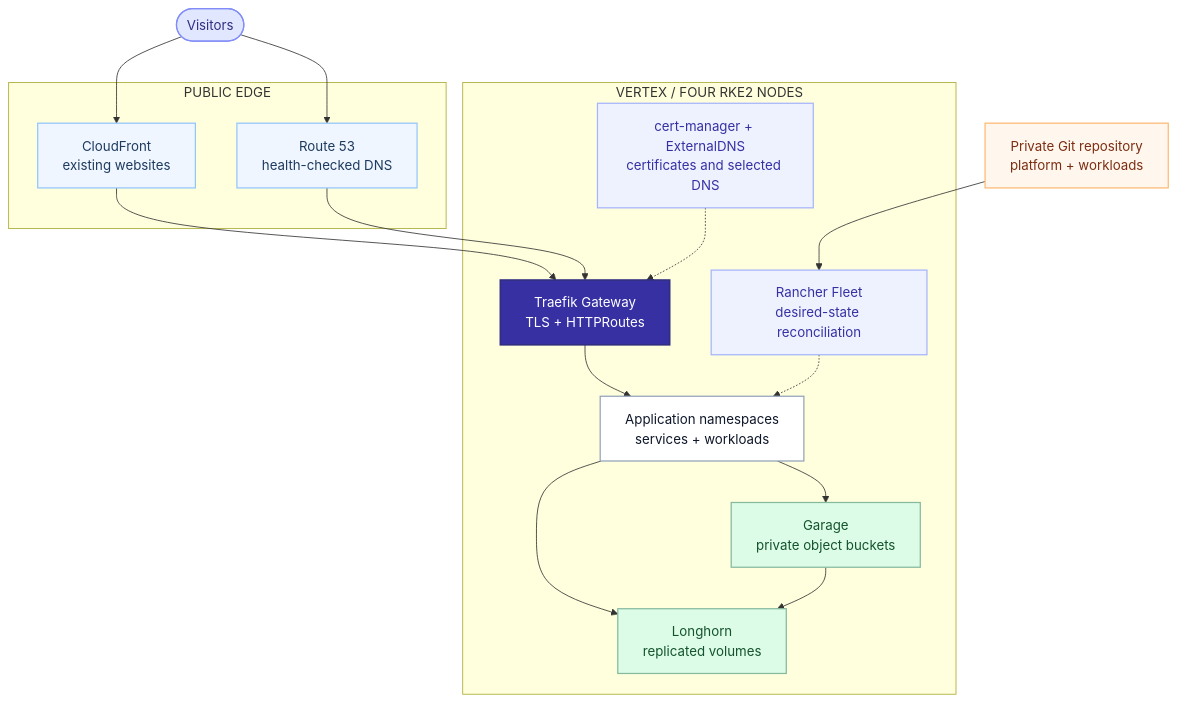
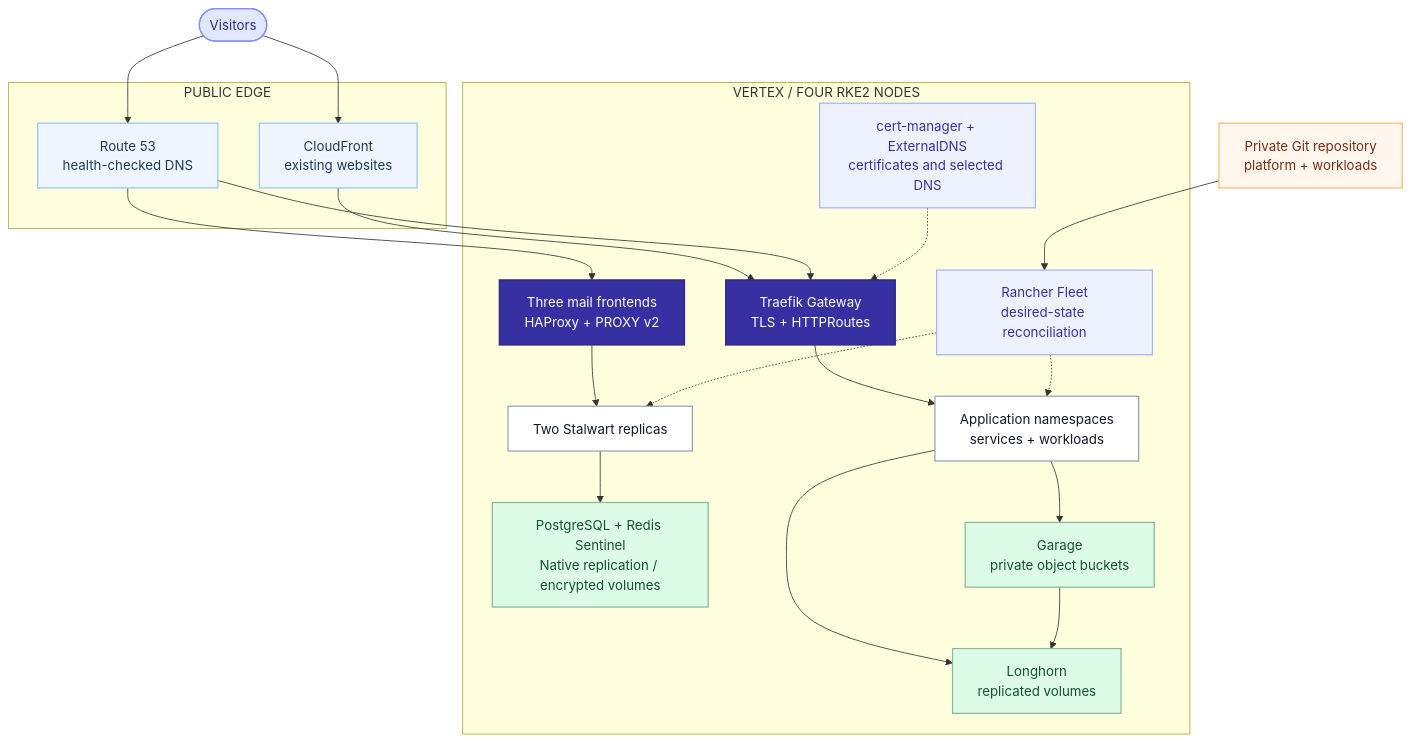
The diagram in docs/diagrams/vertex/en-architecture.mmd (Paul1404/astro-portfolio), drawn with Mermaid before and after one commit. The commit also changed 20 other files, not shown here.

Commit message:
Document the Stalwart migration and shared mail architecture on Vertex

```diff
--- a/docs/diagrams/vertex/en-architecture.mmd
+++ b/docs/diagrams/vertex/en-architecture.mmd
@@ -1,31 +1,36 @@
 flowchart TB
   accTitle: Vertex traffic and platform architecture
-  accDescr: Visitors reach the Traefik gateway either directly using Route 53 DNS or through CloudFront for existing websites. HTTPRoutes forward to isolated application services. Rancher Fleet reconciles the desired state; cert-manager and ExternalDNS manage selected certificates and records. Longhorn provides replicated persistent storage and Garage provides S3-compatible buckets.
+  accDescr: Visitors reach the Traefik gateway either directly using Route 53 DNS or through CloudFront for existing websites. HTTPRoutes forward to isolated application services. Rancher Fleet reconciles the desired state; cert-manager and ExternalDNS manage selected certificates and records. Longhorn provides replicated persistent storage and Garage provides S3-compatible buckets. Mail has three HAProxy frontends, two Stalwart replicas and natively replicated PostgreSQL and Redis stores.
   Visitor([Visitors]):::person
   subgraph edge["PUBLIC EDGE"]
     DNS["Route 53<br/>health-checked DNS"]:::cloud
     CDN["CloudFront<br/>existing websites"]:::cloud
   end
   subgraph cluster["VERTEX / FOUR RKE2 NODES"]
     GW["Traefik Gateway<br/>TLS + HTTPRoutes"]:::gateway
+    MailEdge["Three mail frontends<br/>HAProxy + PROXY v2"]:::gateway
+    Mail["Two Stalwart replicas"]:::workload
+    MailDB["PostgreSQL + Redis Sentinel<br/>Native replication / encrypted volumes"]:::storage
     Apps["Application namespaces<br/>services + workloads"]:::workload
     Store["Longhorn<br/>replicated volumes"]:::storage
     Garage["Garage<br/>private object buckets"]:::storage
     Fleet["Rancher Fleet<br/>desired-state reconciliation"]:::control
     Cert["cert-manager + ExternalDNS<br/>certificates and selected DNS"]:::control
   end
   Git["Private Git repository<br/>platform + workloads"]:::source
   Visitor --> DNS
   Visitor --> CDN --> GW
   DNS --> GW --> Apps
   Git --> Fleet -.-> Apps
   Cert -.-> GW
+  DNS --> MailEdge --> Mail --> MailDB
+  Fleet -.-> Mail
   Apps --> Store
   Apps --> Garage --> Store
   classDef person fill:#e0e7ff,stroke:#818cf8,color:#312e81,stroke-width:1.5px
   classDef cloud fill:#eff6ff,stroke:#93c5fd,color:#1e3a5f,stroke-width:1.5px
   classDef gateway fill:#3730a3,stroke:#312e81,color:#ffffff,stroke-width:2px
   classDef workload fill:#ffffff,stroke:#94a3b8,color:#0f172a,stroke-width:1.5px
   classDef storage fill:#dcfce7,stroke:#86b99e,color:#14532d,stroke-width:1.5px
   classDef control fill:#eef2ff,stroke:#a5b4fc,color:#3730a3,stroke-width:1.5px
   classDef source fill:#fff7ed,stroke:#fdba74,color:#7c2d12,stroke-width:1.5px
```
